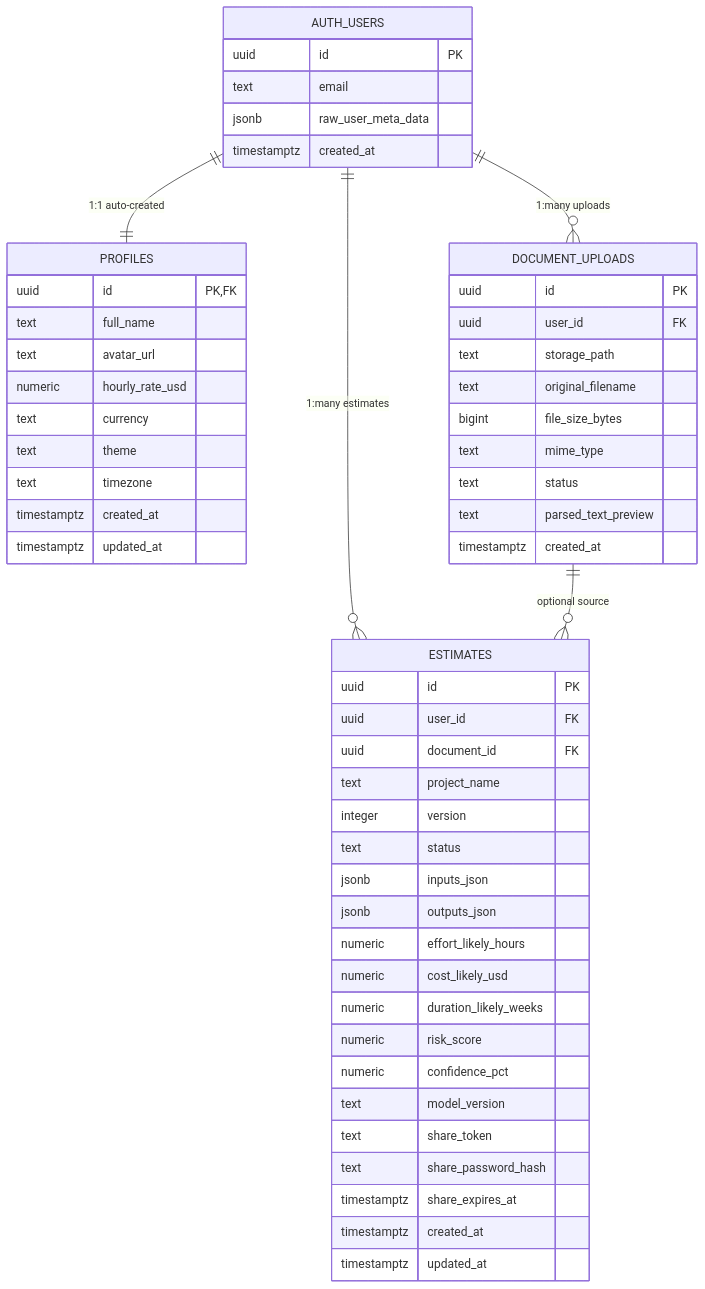
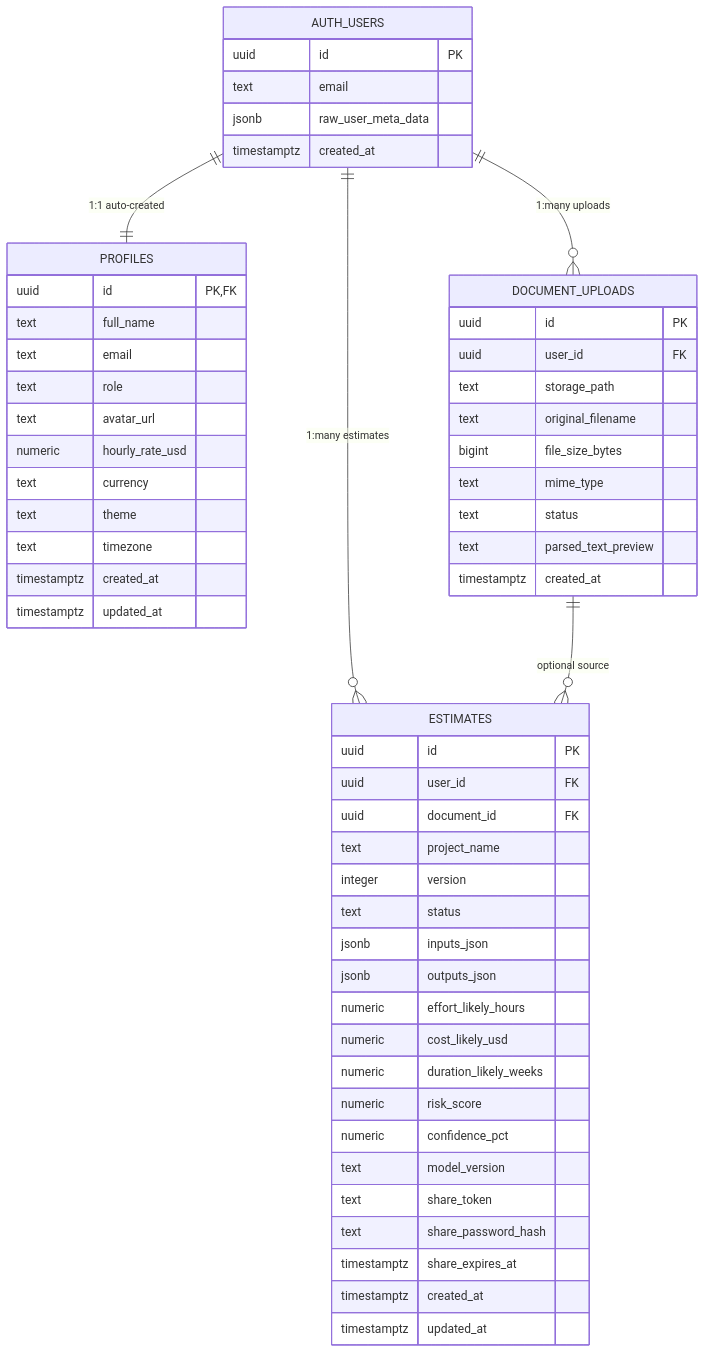
Before and after one commit to AtharvS7/PredictIQ: the third of 18 diagrams in docs/walkthrough.md, drawn with Mermaid. The commit also changed other lines of this file and 1 other file, not shown here.

Commit message:
docs: update walkthrough v3.2.0 + audit report - RBAC, architecture, 316 tests

````diff
--- a/docs/walkthrough.md
+++ b/docs/walkthrough.md
@@ -305,60 +321,62 @@
 ```mermaid
 erDiagram
     AUTH_USERS {
         uuid id PK
         text email
         jsonb raw_user_meta_data
         timestamptz created_at
     }
 
     PROFILES {
         uuid id PK,FK
         text full_name
+        text email
+        text role
         text avatar_url
         numeric hourly_rate_usd
         text currency
         text theme
         text timezone
         timestamptz created_at
         timestamptz updated_at
     }
 
     DOCUMENT_UPLOADS {
         uuid id PK
         uuid user_id FK
         text storage_path
         text original_filename
         bigint file_size_bytes
         text mime_type
         text status
         text parsed_text_preview
         timestamptz created_at
     }
 
     ESTIMATES {
         uuid id PK
         uuid user_id FK
         uuid document_id FK
         text project_name
         integer version
         text status
         jsonb inputs_json
         jsonb outputs_json
         numeric effort_likely_hours
         numeric cost_likely_usd
         numeric duration_likely_weeks
         numeric risk_score
         numeric confidence_pct
         text model_version
         text share_token
         text share_password_hash
         timestamptz share_expires_at
         timestamptz created_at
         timestamptz updated_at
     }
 
     AUTH_USERS ||--|| PROFILES : "1:1 auto-created"
     AUTH_USERS ||--o{ DOCUMENT_UPLOADS : "1:many uploads"
     AUTH_USERS ||--o{ ESTIMATES : "1:many estimates"
     DOCUMENT_UPLOADS ||--o{ ESTIMATES : "optional source"
 ```
````
